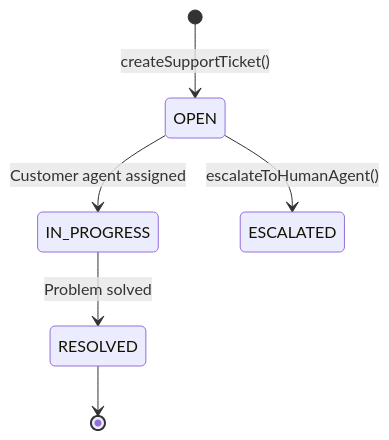
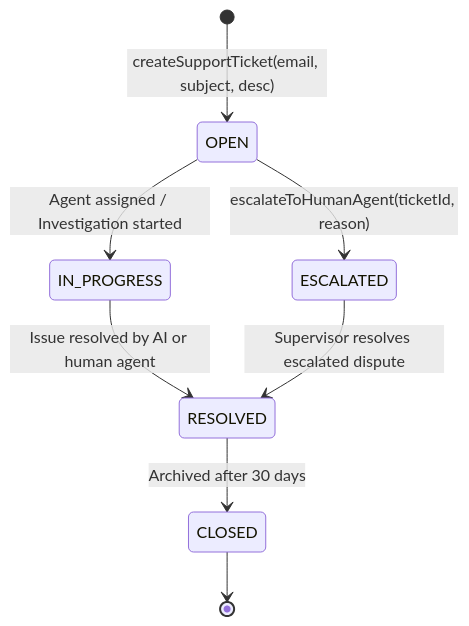
The first of 3 diagrams in agentic-ai-notes/06-seva-mcp/05-ticket-system-integration.md (Amie-dev/engineering-playbook), drawn with Mermaid before and after one commit. The commit also changed other lines of this file and 12 other files, not shown here.

````diff
--- a/agentic-ai-notes/06-seva-mcp/05-ticket-system-integration.md
+++ b/agentic-ai-notes/06-seva-mcp/05-ticket-system-integration.md
@@ -10,8 +13,10 @@
 ```mermaid
 stateDiagram-v2
-    [*] --> OPEN: createSupportTicket()
-    OPEN --> IN_PROGRESS: Customer agent assigned
-    OPEN --> ESCALATED: escalateToHumanAgent()
-    IN_PROGRESS --> RESOLVED: Problem solved
-    RESOLVED --> [*]
+    [*] --> OPEN: createSupportTicket(email, subject, desc)
+    OPEN --> IN_PROGRESS: Agent assigned / Investigation started
+    OPEN --> ESCALATED: escalateToHumanAgent(ticketId, reason)
+    IN_PROGRESS --> RESOLVED: Issue resolved by AI or human agent
+    ESCALATED --> RESOLVED: Supervisor resolves escalated dispute
+    RESOLVED --> CLOSED: Archived after 30 days
+    CLOSED --> [*]
 ```
````
